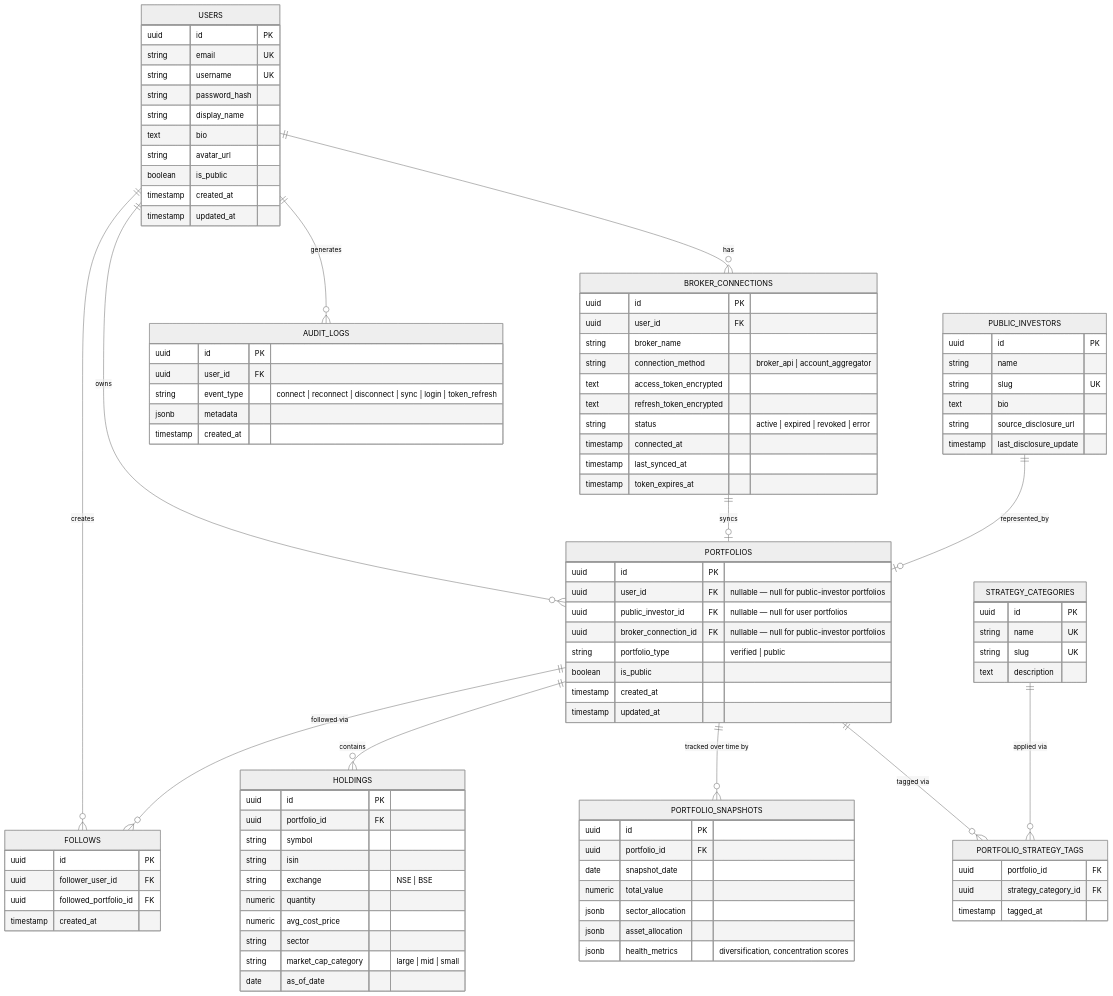
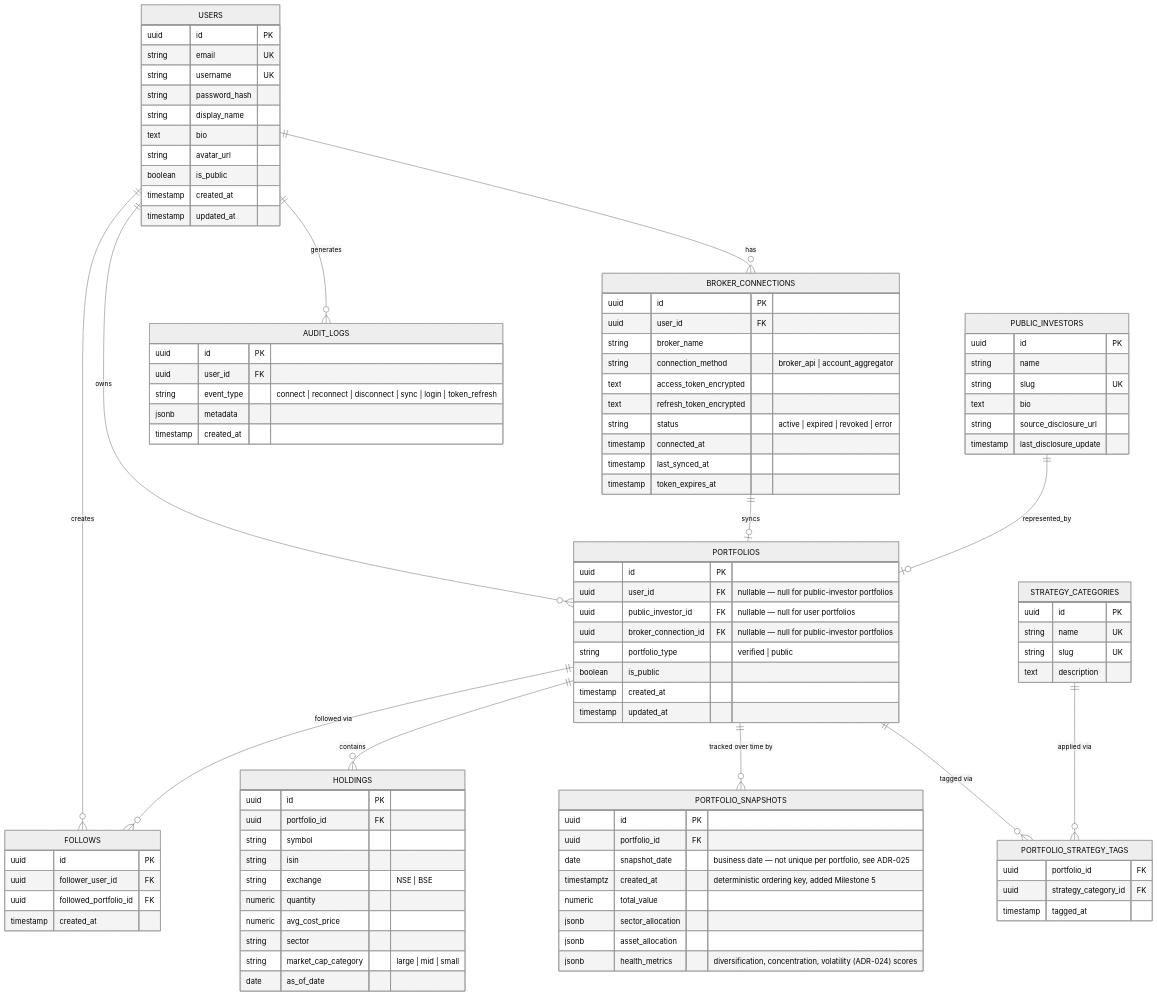
The diagram in docs/database.md (ChandanSurya96/Nexarch-project), drawn with Mermaid (neutral theme) before and after one commit. The commit also changed other lines of this file and 20 other files, not shown here.

First line of the commit message:
feat: Milestone 5 health metrics + fix nondeterministic snapshot ordering

```diff
--- a/docs/database.md
+++ b/docs/database.md
@@ -73,11 +73,12 @@
     PORTFOLIO_SNAPSHOTS {
         uuid id PK
         uuid portfolio_id FK
-        date snapshot_date
+        date snapshot_date "business date — not unique per portfolio, see ADR-025"
+        timestamptz created_at "deterministic ordering key, added Milestone 5"
         numeric total_value
         jsonb sector_allocation
         jsonb asset_allocation
-        jsonb health_metrics "diversification, concentration scores"
+        jsonb health_metrics "diversification, concentration, volatility (ADR-024) scores"
     }
 
     STRATEGY_CATEGORIES {
```
